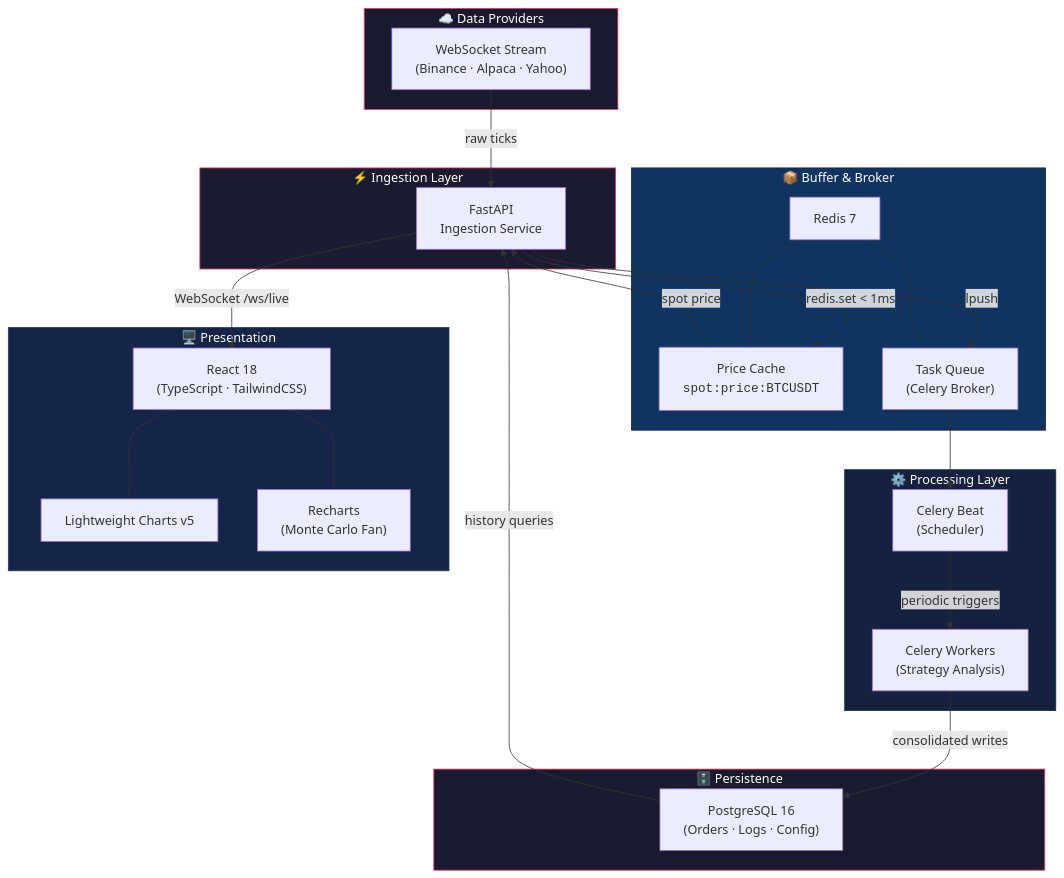
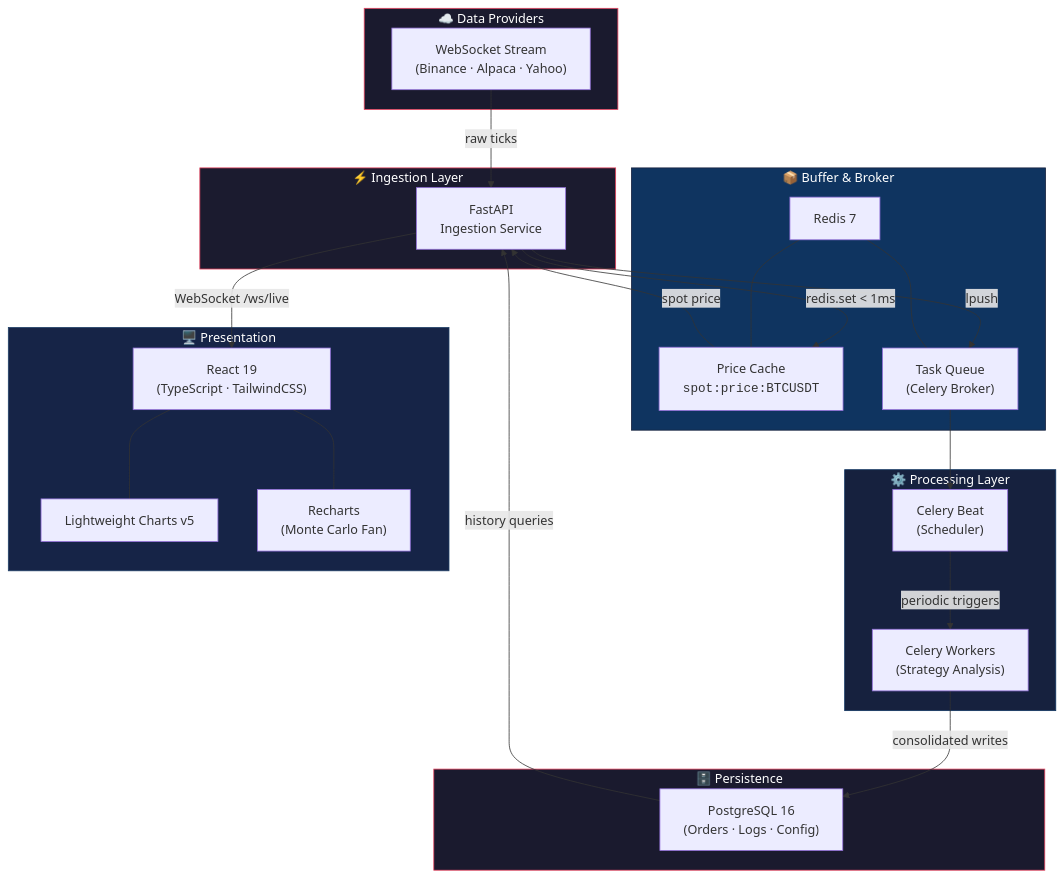
Before and after one commit to soneylegal/moody: the first of 5 diagrams in README.md, drawn with Mermaid. The commit also changed other lines of this file and 1 other file, not shown here.

````diff
--- a/README.md
+++ b/README.md
@@ -42,52 +42,52 @@
 ```mermaid
 flowchart TB
     subgraph External["☁️ Data Providers"]
         WS["WebSocket Stream<br/>(Binance · Alpaca · Yahoo)"]
     end
 
     subgraph Ingestion["⚡ Ingestion Layer"]
         API["FastAPI<br/>Ingestion Service"]
     end
 
     subgraph Buffer["📦 Buffer & Broker"]
         Redis["Redis 7"]
         Cache["Price Cache<br/><code>spot:price:BTCUSDT</code>"]
         Queue["Task Queue<br/>(Celery Broker)"]
     end
 
     subgraph Workers["⚙️ Processing Layer"]
         Beat["Celery Beat<br/>(Scheduler)"]
         Worker["Celery Workers<br/>(Strategy Analysis)"]
     end
 
     subgraph Persistence["🗄️ Persistence"]
         PG["PostgreSQL 16<br/>(Orders · Logs · Config)"]
     end
 
     subgraph Frontend["🖥️ Presentation"]
-        React["React 18<br/>(TypeScript · TailwindCSS)"]
+        React["React 19<br/>(TypeScript · TailwindCSS)"]
         LC["Lightweight Charts v5"]
         RC["Recharts<br/>(Monte Carlo Fan)"]
     end
 
     WS -->|raw ticks| API
     API -->|"redis.set < 1ms"| Cache
     API -->|lpush| Queue
     Redis --- Cache
     Redis --- Queue
     Queue --> Beat
     Beat -->|periodic triggers| Worker
     Worker -->|consolidated writes| PG
     API -->|"WebSocket /ws/live"| React
     Cache -->|spot price| API
     PG -->|history queries| API
     React --- LC
     React --- RC
 
     style External fill:#1a1a2e,stroke:#e94560,color:#fff
     style Buffer fill:#0f3460,stroke:#16213e,color:#fff
     style Workers fill:#16213e,stroke:#0f3460,color:#fff
     style Persistence fill:#1a1a2e,stroke:#e94560,color:#fff
     style Frontend fill:#162447,stroke:#1f4068,color:#fff
     style Ingestion fill:#1b1b2f,stroke:#e43f5a,color:#fff
 ```
````
